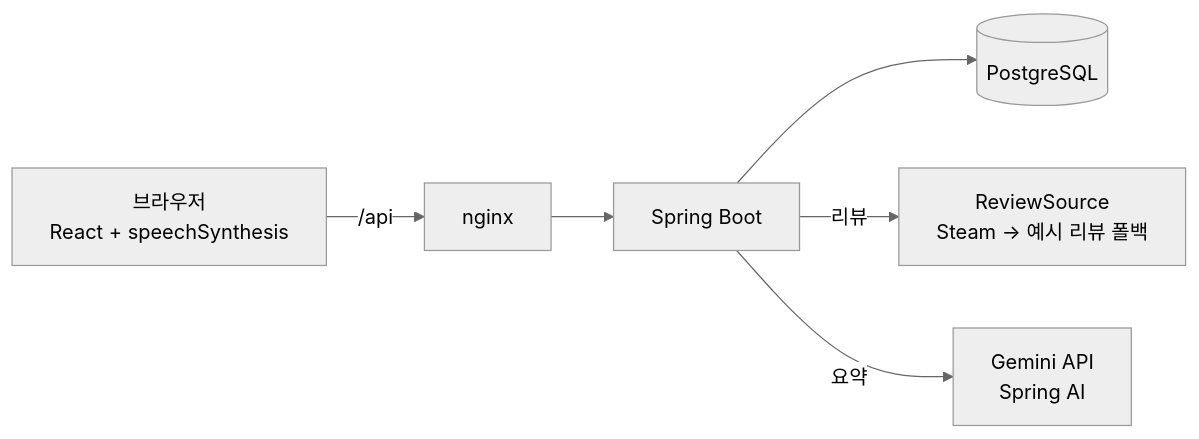
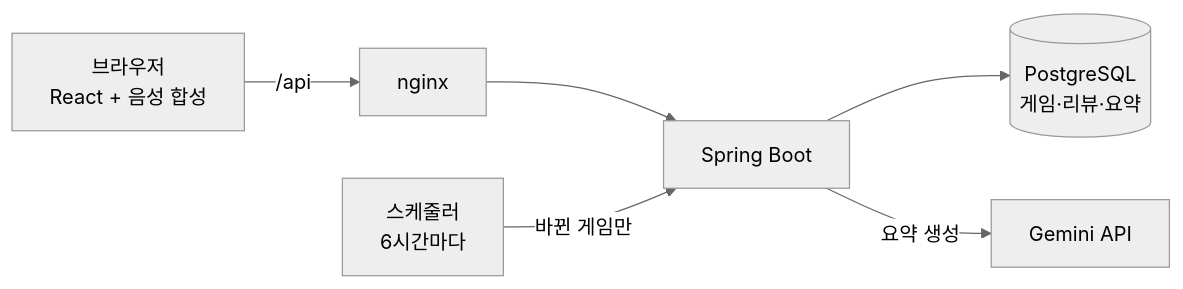
Before and after one commit to euiseok00/game-market: the diagram in README.md, drawn with Mermaid (neutral theme). The commit also changed other lines of this file and 6 other files, not shown here.

````diff
--- a/README.md
+++ b/README.md
@@ -50,8 +83,8 @@
 ```mermaid
 flowchart LR
-  B[브라우저<br/>React + speechSynthesis] -->|/api| N[nginx]
+  B[브라우저<br/>React + 음성 합성] -->|/api| N[nginx]
   N --> S[Spring Boot]
-  S --> DB[(PostgreSQL)]
-  S -->|리뷰| R[ReviewSource<br/>Steam → 예시 리뷰 폴백]
-  S -->|요약| G[Gemini API<br/>Spring AI]
+  S --> DB[(PostgreSQL<br/>게임·리뷰·요약)]
+  S -->|요약 생성| G[Gemini API]
+  T[스케줄러<br/>6시간마다] -->|바뀐 게임만| S
 ```
````
